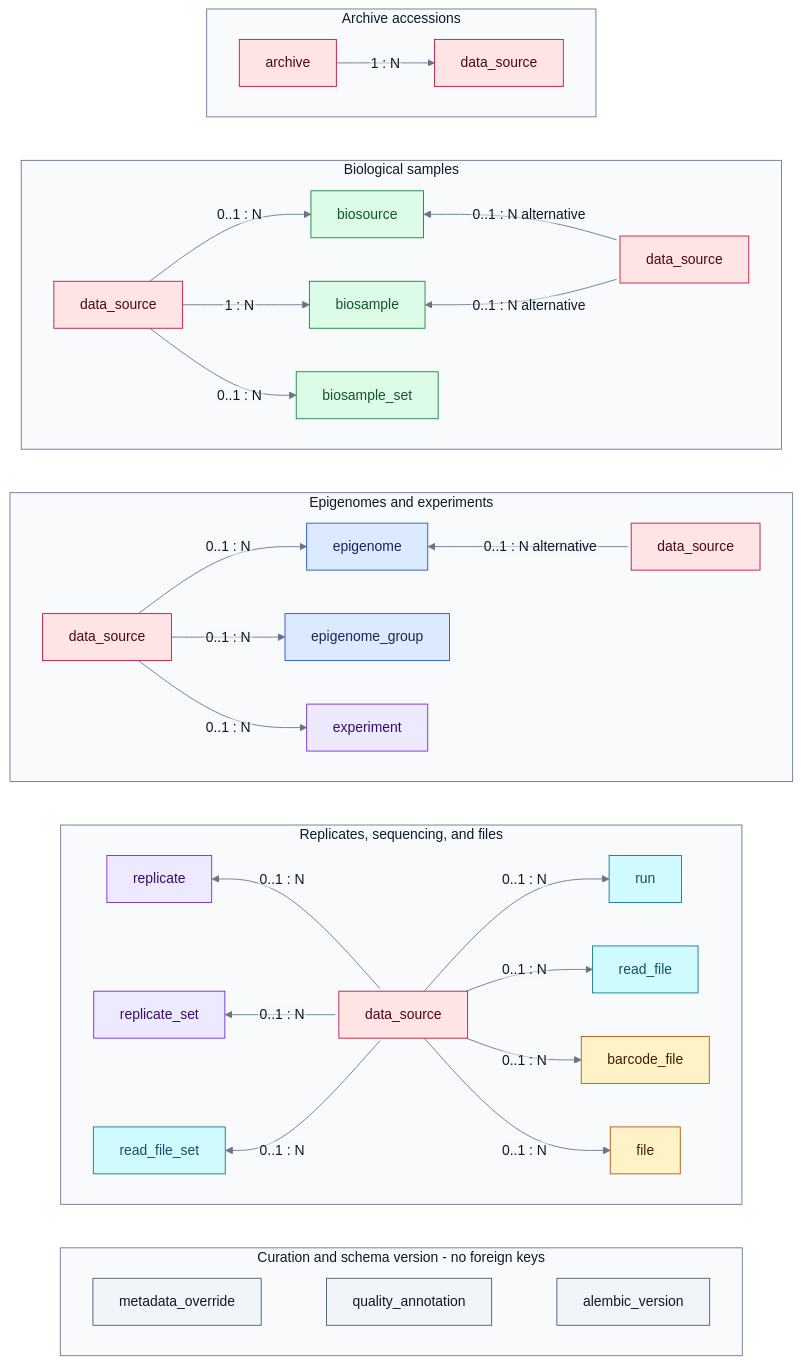
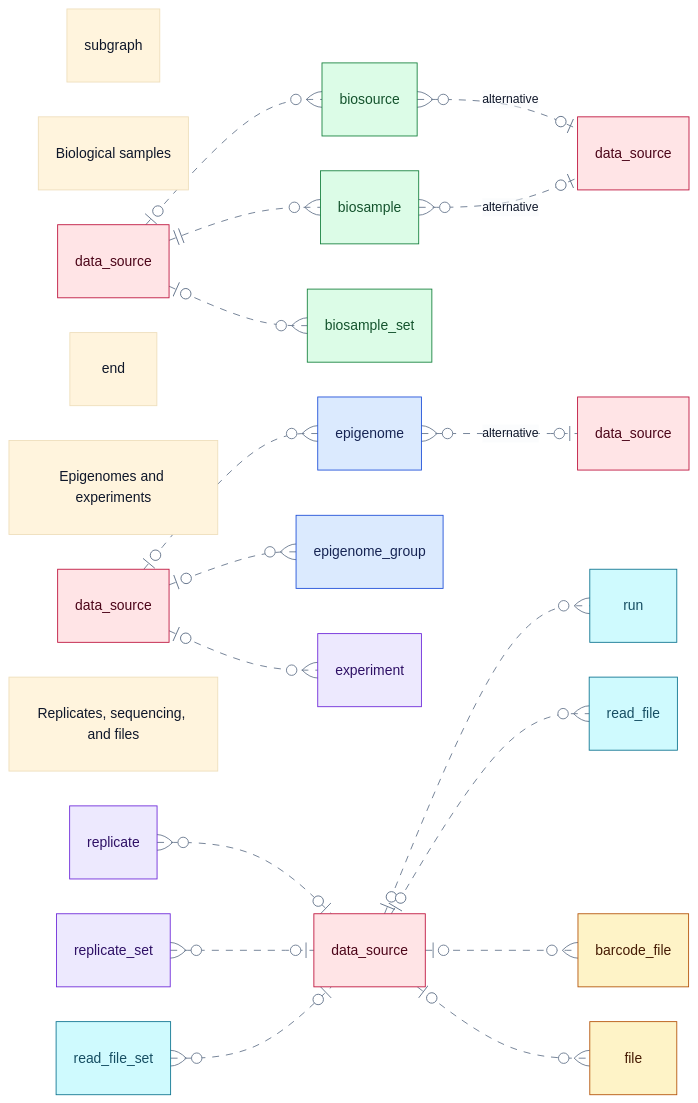
Before and after one commit to Ensembl/regulation-data-registry: the sixth of 7 diagrams in README.md, drawn with Mermaid. The commit also changed other lines of this file, not shown here.

First line of the commit message:
Refine schema diagrams with native ER notation

````diff
--- a/README.md
+++ b/README.md
@@ -384,90 +484,71 @@
 ---
 config:
   theme: base
+  layout: dagre
+  er:
+    rankSpacing: 90
+    nodeSpacing: 40
   themeCSS: |
-    .edgeLabel rect { opacity: 1; }
+    .relationshipLabelBox, .relationshipLabelBox rect { opacity: 1; fill: #f8fafc; }
     .labelBkg { background-color: #f8fafc; }
   themeVariables:
     primaryTextColor: '#0f172a'
-    secondaryTextColor: '#0f172a'
-    tertiaryTextColor: '#0f172a'
     textColor: '#0f172a'
     lineColor: '#64748b'
     edgeLabelBackground: '#f8fafc'
     clusterBkg: '#f8fafc'
-    clusterBorder: '#64748b'
-    titleColor: '#0f172a'
-  flowchart:
-    htmlLabels: false
+    clusterBorder: '#94a3b8'
+    tertiaryColor: '#f8fafc'
+    tertiaryTextColor: '#0f172a'
 ---
-flowchart TB
-    subgraph archives["Archive accessions"]
-        direction LR
-        prov_archive["archive"]
-        prov_source["data_source"]
-        prov_archive -->|"1 : N"| prov_source
-    end
-
-    subgraph sample_sources["Biological samples"]
+erDiagram
+    direction LR
+    subgraph provenance_samples ["Biological samples"]
         direction LR
         sample_source["data_source"]
         sample_biosource["biosource"]
         sample_biosample["biosample"]
         sample_set["biosample_set"]
         sample_alternative["data_source"]
-        sample_source -->|"0..1 : N"| sample_biosource
-        sample_source -->|"1 : N"| sample_biosample
-        sample_source -->|"0..1 : N"| sample_set
-        sample_biosource <-->|"0..1 : N alternative"| sample_alternative
-        sample_biosample <-->|"0..1 : N alternative"| sample_alternative
+        sample_source |o..o{ sample_biosource : ""
+        sample_source ||..o{ sample_biosample : ""
+        sample_source |o..o{ sample_set : ""
+        sample_biosource }o..o| sample_alternative : "alternative"
+        sample_biosample }o..o| sample_alternative : "alternative"
     end
 
-    subgraph experiment_sources["Epigenomes and experiments"]
+    subgraph provenance_experiments ["Epigenomes and experiments"]
         direction LR
         exp_source["data_source"]
         exp_epigenome["epigenome"]
         exp_group["epigenome_group"]
         exp_experiment["experiment"]
         exp_alternative["data_source"]
-        exp_source -->|"0..1 : N"| exp_epigenome
-        exp_source -->|"0..1 : N"| exp_group
-        exp_source -->|"0..1 : N"| exp_experiment
-        exp_epigenome <-->|"0..1 : N alternative"| exp_alternative
+        exp_source |o..o{ exp_epigenome : ""
+        exp_source |o..o{ exp_group : ""
+        exp_source |o..o{ exp_experiment : ""
+        exp_epigenome }o..o| exp_alternative : "alternative"
     end
 
-    subgraph sequence_sources["Replicates, sequencing, and files"]
+    subgraph provenance_sequencing ["Replicates, sequencing, and files"]
         direction LR
-        seq_source["data_source"]
         seq_replicate["replicate"]
         seq_replicate_set["replicate_set"]
         seq_read_set["read_file_set"]
+        seq_source["data_source"]
         seq_run["run"]
         seq_read["read_file"]
         seq_barcode["barcode_file"]
         seq_file["file"]
-        seq_replicate <-->|"0..1 : N"| seq_source
-        seq_replicate_set <-->|"0..1 : N"| seq_source
-        seq_read_set <-->|"0..1 : N"| seq_source
-        seq_source -->|"0..1 : N"| seq_run
-        seq_source -->|"0..1 : N"| seq_read
-        seq_source -->|"0..1 : N"| seq_barcode
-        seq_source -->|"0..1 : N"| seq_file
+        seq_replicate }o..o| seq_source : ""
+        seq_replicate_set }o..o| seq_source : ""
+        seq_read_set }o..o| seq_source : ""
+        seq_source |o..o{ seq_run : ""
+        seq_source |o..o{ seq_read : ""
+        seq_source |o..o{ seq_barcode : ""
+        seq_source |o..o{ seq_file : ""
     end
 
-    subgraph curation["Curation and schema version - no foreign keys"]
-        direction LR
-        curation_metadata["metadata_override"]
-        curation_quality["quality_annotation"]
-        curation_version["alembic_version"]
-        curation_metadata ~~~ curation_quality
-        curation_quality ~~~ curation_version
-    end
-
-    %% Right-hand parents point back into the central table.
-    linkStyle 4,5,9,10,11,12 marker-end:none
-
-    %% Layout-only links stack the groups vertically.
-    archives ~~~ sample_sources ~~~ experiment_sources ~~~ sequence_sources ~~~ curation
 
     classDef context fill:#dbeafe,stroke:#1d4ed8,color:#172554
     class exp_epigenome,exp_group context
@@ -480,7 +561,5 @@
     classDef resources fill:#fef3c7,stroke:#b45309,color:#451a03
     class seq_barcode,seq_file resources
     classDef provenance fill:#ffe4e6,stroke:#be123c,color:#4c0519
-    class prov_archive,prov_source,sample_source,sample_alternative,exp_source,exp_alternative,seq_source provenance
-    classDef curation fill:#f1f5f9,stroke:#475569,color:#0f172a
-    class curation_metadata,curation_quality,curation_version curation
+    class sample_source,sample_alternative,exp_source,exp_alternative,seq_source provenance
 ```
````
